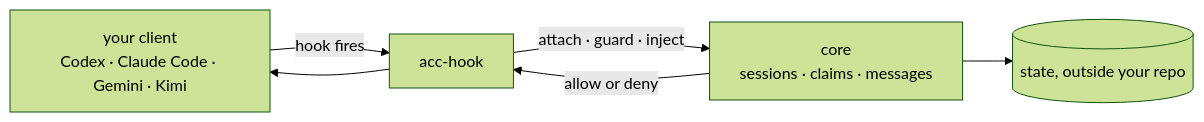
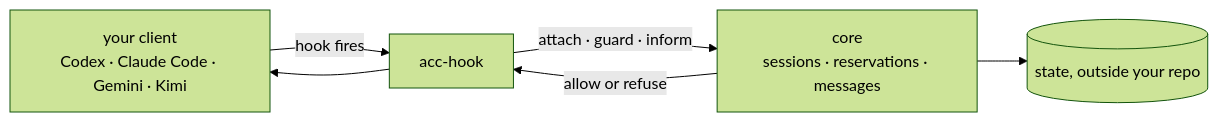
Before and after one commit to automatis-tools/agents-can-communicate: the second of 2 diagrams in README.md, drawn with Mermaid (forest theme). The commit also changed other lines of this file, not shown here.

````diff
--- a/README.md
+++ b/README.md
@@ -172,8 +153,8 @@
 ```mermaid
 graph LR
   C["your client<br/>Codex · Claude Code · Gemini · Kimi"] -->|hook fires| H[acc-hook]
-  H -->|attach · guard · inject| K["core<br/>sessions · claims · messages"]
+  H -->|attach · guard · inform| K["core<br/>sessions · reservations · messages"]
   K --> S[(state, outside your repo)]
-  K -->|allow or deny| H
+  K -->|allow or refuse| H
   H --> C
 ```
````
